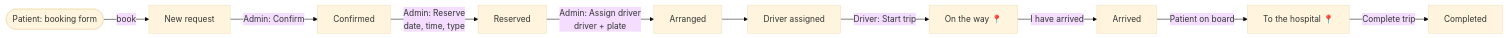
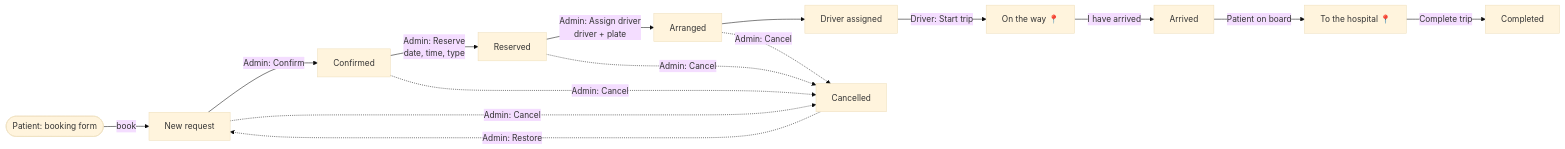
One commit to sacadGodin/koru-transport changed the diagram in webside koru/README.md. Above: the diagram before and after it, drawn with Mermaid (base theme). The commit also changed other lines of this file and 11 other files, not shown here.

````diff
--- a/webside koru/README.md
+++ b/webside koru/README.md
@@ -188,12 +188,14 @@
 ```mermaid
 flowchart LR
   P([Patient: booking form]) -->|book| N[New request]
   N -->|Admin: Confirm| C[Confirmed]
   C -->|Admin: Reserve<br/>date, time, type| R[Reserved]
   R -->|Admin: Assign driver<br/>driver + plate| A[Arranged]
   A --> T1[Driver assigned]
   T1 -->|Driver: Start trip| T2[On the way 📍]
   T2 -->|I have arrived| T3[Arrived]
   T3 -->|Patient on board| T4[To the hospital 📍]
   T4 -->|Complete trip| T5[Completed]
+  N & C & R & A -.->|Admin: Cancel| X[Cancelled]
+  X -.->|Admin: Restore| N
 ```
````
